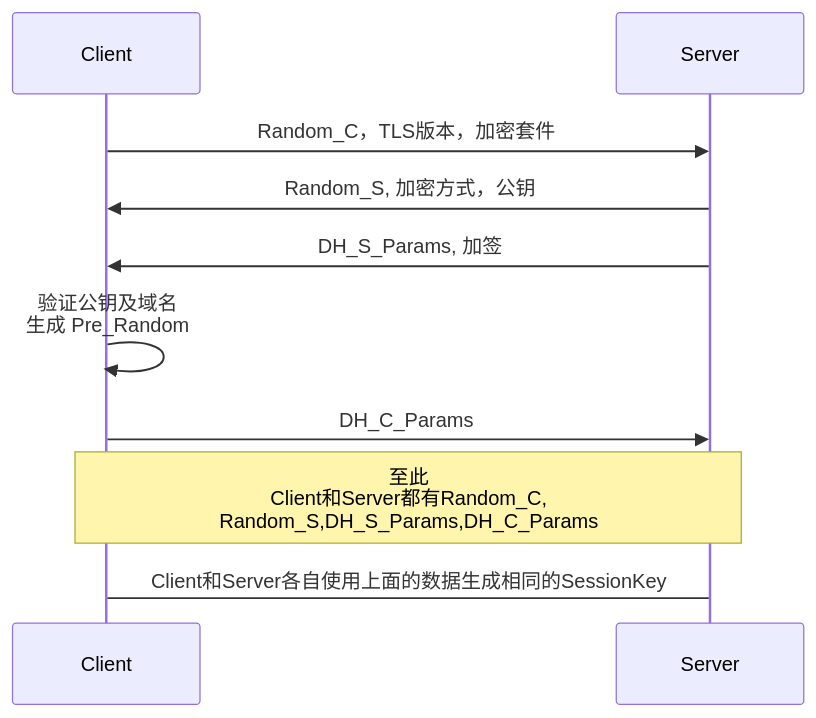
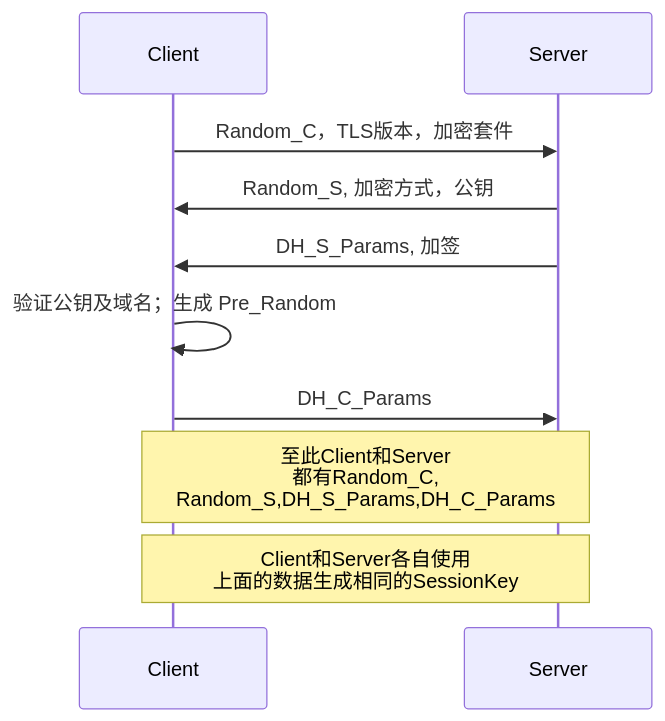
The third of 4 diagrams in _posts/2019-08-04-net_https.md (hurshi/hurshi.github.io), drawn with Mermaid before and after one commit. The commit also changed other lines of this file and 2 other files, not shown here.

```diff
--- a/_posts/2019-08-04-net_https.md
+++ b/_posts/2019-08-04-net_https.md
@@ -64,12 +66,12 @@
-         <div class="mermaid">
-         sequenceDiagram
-         	participant C as Client
-         	participant S as Server
-         	C->>S: Random_C，TLS版本，加密套件
-         	S->>C: Random_S, 加密方式，公钥
-         	S->>C: DH_S_Params, 加签
-         	C->>C: 验证公钥及域名<br>生成 Pre_Random
-         	C->>S: DH_C_Params
-         	Note over C,S: 至此<br>Client和Server都有Random_C,<br>Random_S,DH_S_Params,DH_C_Params
-         	C->S: Client和Server各自使用上面的数据生成相同的SessionKey
-         </div>
+      <div class="mermaid">
+      sequenceDiagram
+      	participant C as Client
+      	participant S as Server
+      	C->>S: Random_C，TLS版本，加密套件
+      	S->>C: Random_S, 加密方式，公钥
+      	S->>C: DH_S_Params, 加签
+      	C->>C: 验证公钥及域名；生成 Pre_Random
+      	C->>S: DH_C_Params
+      	Note over C,S: 至此Client和Server<br>都有Random_C,<br>Random_S,DH_S_Params,DH_C_Params
+      	Note over C,S: Client和Server各自使用<br>上面的数据生成相同的SessionKey
+      </div>
```
